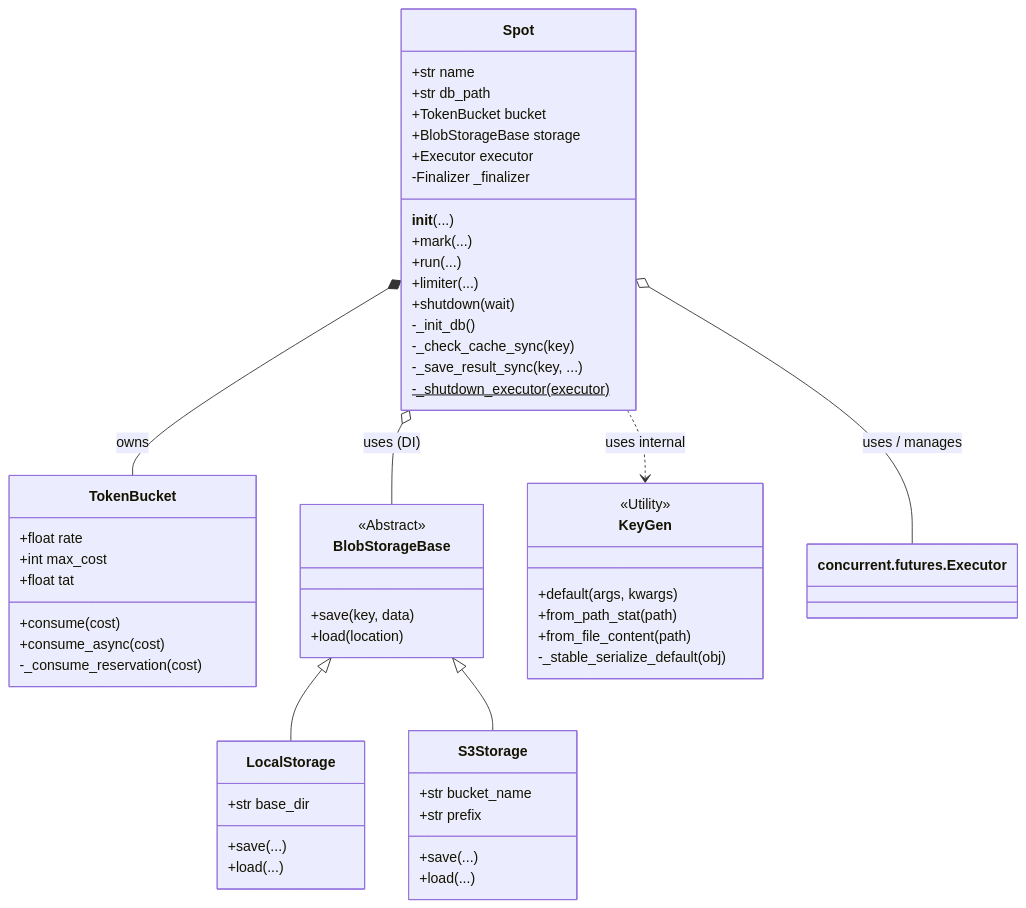
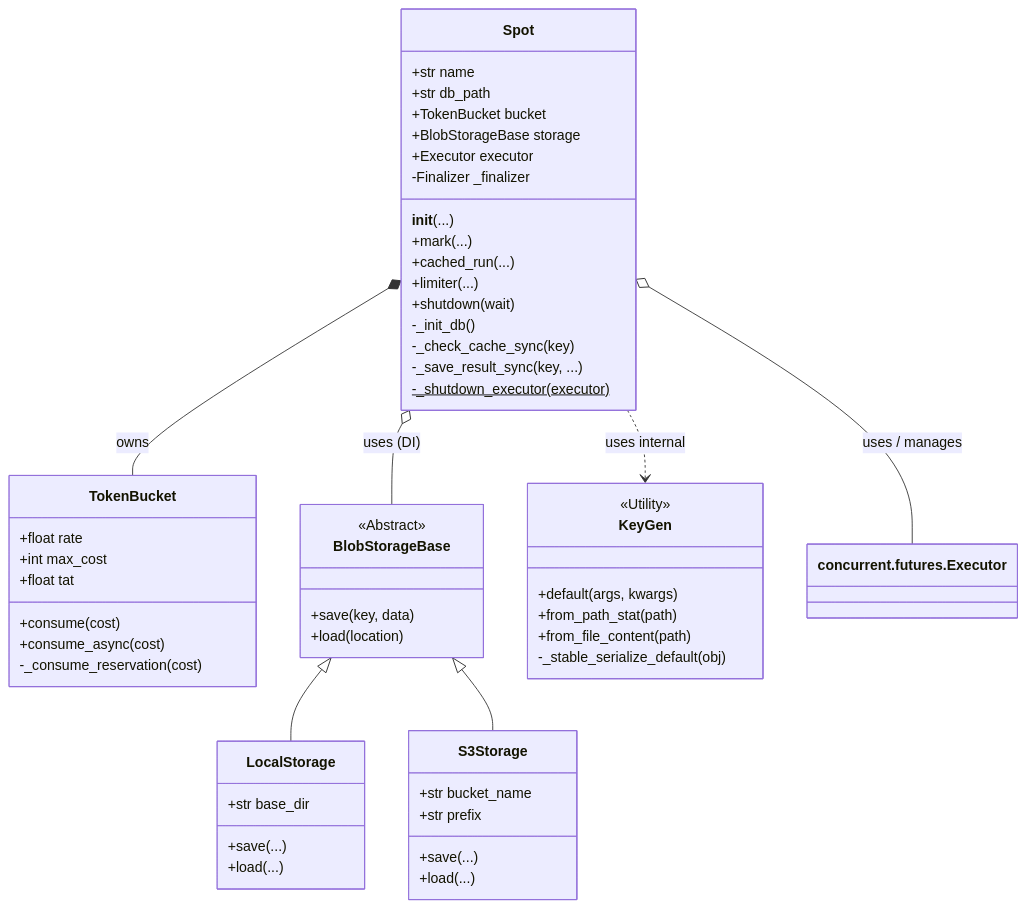
Before and after one commit to neelbauman/beautyspot: the second of 3 diagrams in docs/reference/architecture.md, drawn with Mermaid. The commit also changed other lines of this file and 9 other files, not shown here.

````diff
--- a/docs/reference/architecture.md
+++ b/docs/reference/architecture.md
@@ -73,64 +72,64 @@
 ```mermaid
 classDiagram
     class Spot {
         +str name
         +str db_path
         +TokenBucket bucket
         +BlobStorageBase storage
         +Executor executor
         -Finalizer _finalizer
         __init__(...)
         +mark(...)
-        +run(...)
+        +cached_run(...)
         +limiter(...)
         +shutdown(wait)
         -_init_db()
         -_check_cache_sync(key)
         -_save_result_sync(key, ...)
         -_shutdown_executor(executor)$
     }
 
     class TokenBucket {
         +float rate
         +int max_cost
         +float tat
         +consume(cost)
         +consume_async(cost)
         -_consume_reservation(cost)
     }
 
     class BlobStorageBase {
         <<Abstract>>
         +save(key, data)
         +load(location)
     }
 
     class LocalStorage {
         +str base_dir
         +save(...)
         +load(...)
     }
 
     class S3Storage {
         +str bucket_name
         +str prefix
         +save(...)
         +load(...)
     }
 
     class KeyGen {
         <<Utility>>
         +default(args, kwargs)
         +from_path_stat(path)
         +from_file_content(path)
         -_stable_serialize_default(obj)
     }
 
     Spot *-- TokenBucket : owns
     Spot o-- BlobStorageBase : uses (DI)
     Spot o-- concurrent.futures.Executor : uses / manages
     BlobStorageBase <|-- LocalStorage
     BlobStorageBase <|-- S3Storage
     Spot ..> KeyGen : uses internal
 
 ```
````
